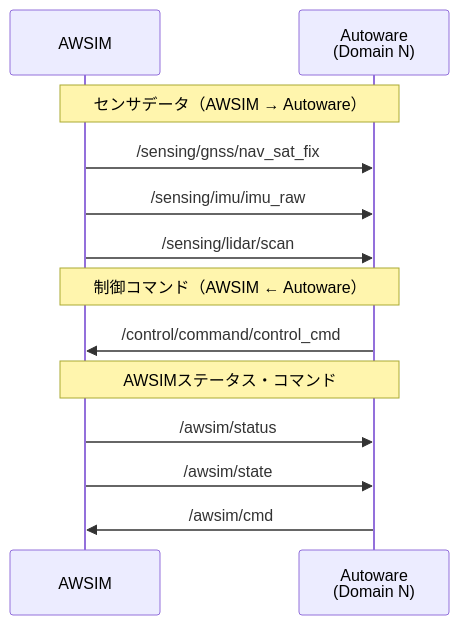
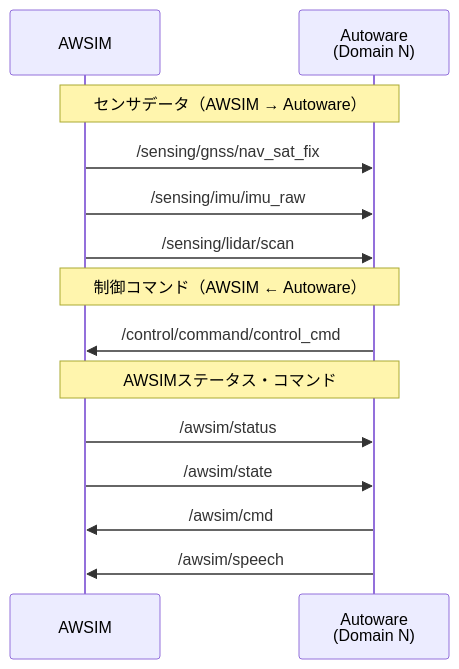
One commit to AutomotiveAIChallenge/aichallenge-documentation-racingkart changed the diagram in docs/specifications/interface.ja.md. Above: the diagram before and after it, drawn with Mermaid. The commit also changed other lines of this file and 8 other files, not shown here.

````diff
--- a/docs/specifications/interface.ja.md
+++ b/docs/specifications/interface.ja.md
@@ -18,18 +18,19 @@
 ```mermaid
 sequenceDiagram
     participant AWSIM as AWSIM
     participant Autoware as Autoware<br/>(Domain N)
 
     Note over AWSIM,Autoware: センサデータ（AWSIM → Autoware）
     AWSIM->>Autoware: /sensing/gnss/nav_sat_fix
     AWSIM->>Autoware: /sensing/imu/imu_raw
     AWSIM->>Autoware: /sensing/lidar/scan
 
     Note over AWSIM,Autoware: 制御コマンド（AWSIM ← Autoware）
     Autoware->>AWSIM: /control/command/control_cmd
 
     Note over AWSIM,Autoware: AWSIMステータス・コマンド
     AWSIM->>Autoware: /awsim/status
     AWSIM->>Autoware: /awsim/state
     Autoware->>AWSIM: /awsim/cmd
+    Autoware->>AWSIM: /awsim/speech
 ```
````
